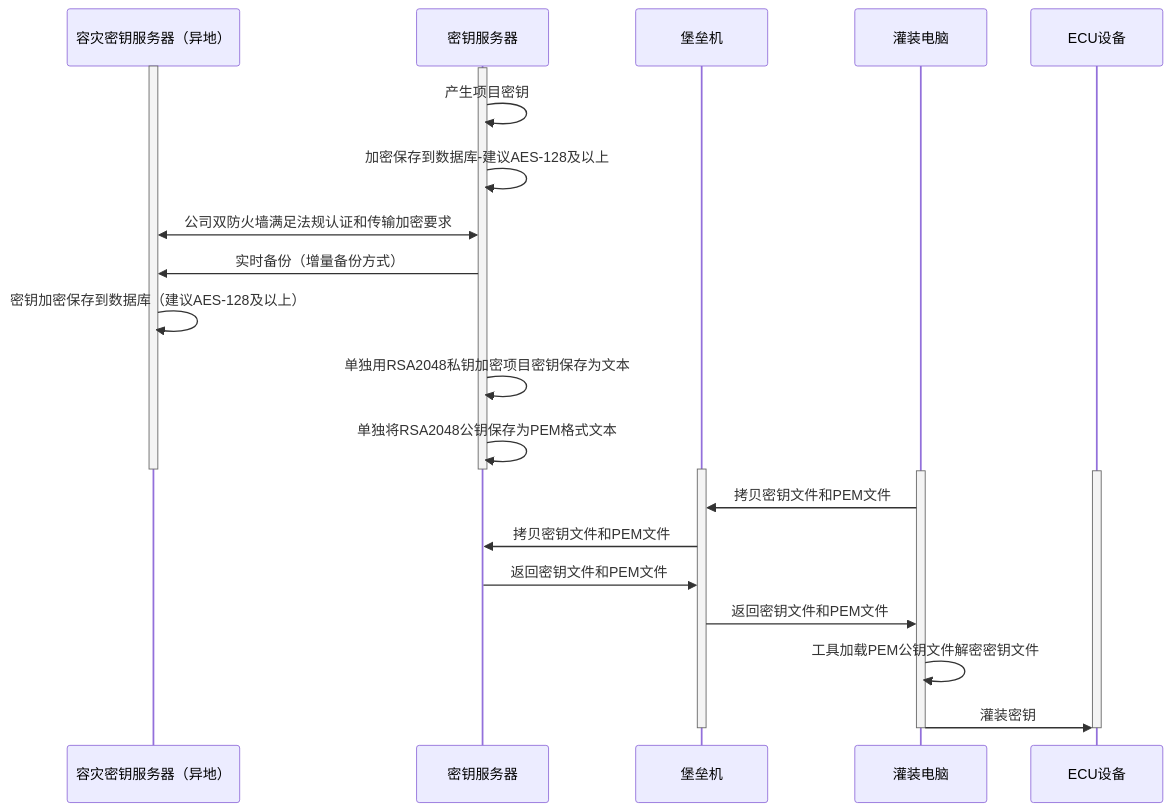
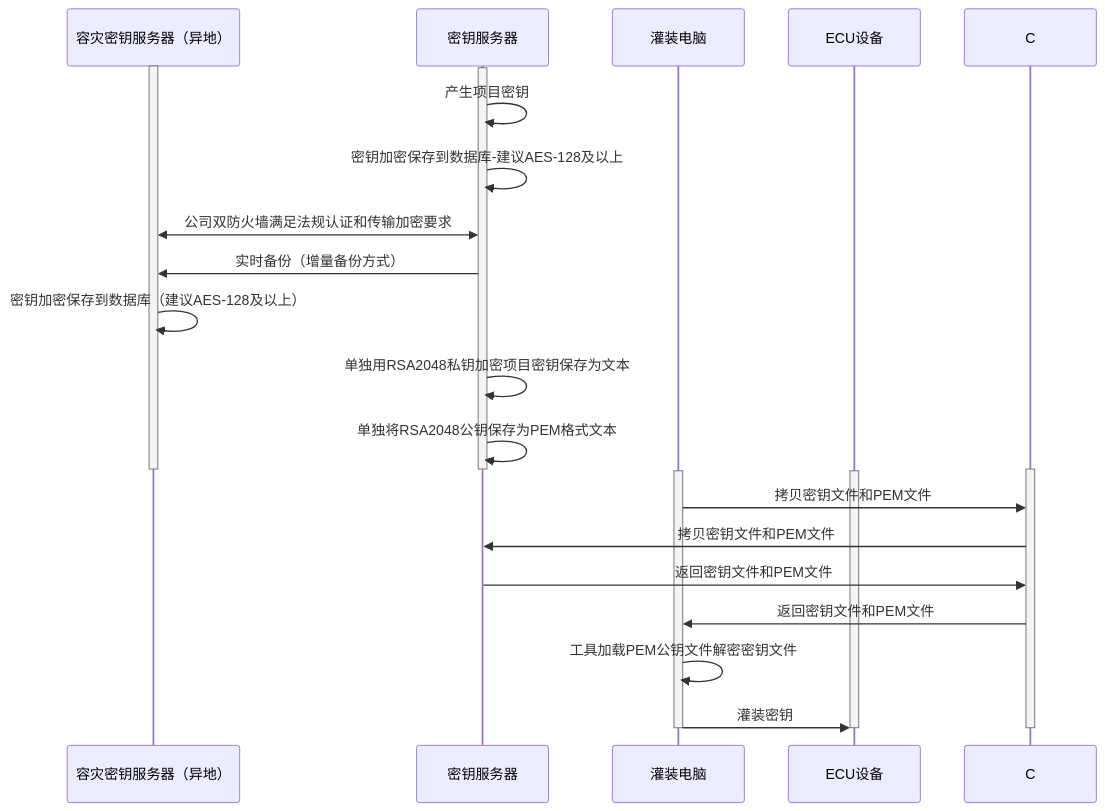
Before and after one commit to facebook-cloud/iodraw-files: the diagram in all/未命名-15.md, drawn with Mermaid.

Commit message:
2026-02-11 19:09:29 update

````diff
--- a/all/未命名-15.md
+++ b/all/未命名-15.md
@@ -1,35 +1,34 @@
 ```mermaid
 sequenceDiagram
     participant A as 容灾密钥服务器（异地）
     participant B as 密钥服务器
-    participant C as 堡垒机
     participant D as 灌装电脑
     participant E as ECU设备
 
     activate A
     activate B
     B->>B: 产生项目密钥
-    B->>B: 加密保存到数据库-建议AES-128及以上
+    B->>B: 密钥加密保存到数据库-建议AES-128及以上
     A<<->>B: 公司双防火墙满足法规认证和传输加密要求
     B->>A: 实时备份（增量备份方式）
     A->>A: 密钥加密保存到数据库（建议AES-128及以上）
     B->>B: 单独用RSA2048私钥加密项目密钥保存为文本
     B->>B: 单独将RSA2048公钥保存为PEM格式文本
     deactivate B
     deactivate A
 
     activate C
     activate D
     activate E
 
     D->>C: 拷贝密钥文件和PEM文件
     C->>B: 拷贝密钥文件和PEM文件
     B->>C: 返回密钥文件和PEM文件
     C->>D: 返回密钥文件和PEM文件
     D->>D:工具加载PEM公钥文件解密密钥文件
     D->>E: 灌装密钥
     deactivate C
     deactivate D
     deactivate E
 
 ```
````
